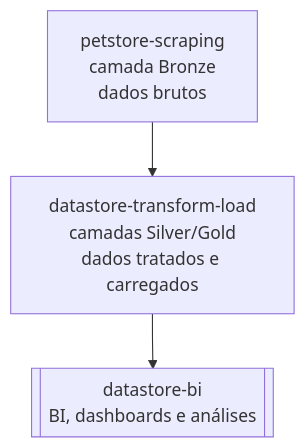
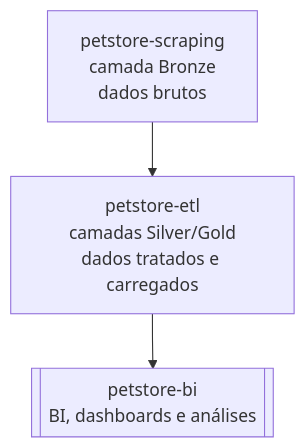
Before and after one commit to rafa-trindade/petstore-scraping: the diagram in README.MD, drawn with Mermaid. The commit also changed other lines of this file, not shown here.

````diff
--- a/README.MD
+++ b/README.MD
@@ -35,5 +35,5 @@
 ```mermaid
 graph TD
-    A[petstore-scraping<br>camada Bronze<br>dados brutos] --> B[datastore-transform-load<br>camadas Silver/Gold<br>dados tratados e carregados]
-    B --> C[[datastore-bi<br>BI, dashboards e análises]]
+    A[petstore-scraping<br>camada Bronze<br>dados brutos] --> B[petstore-etl<br>camadas Silver/Gold<br>dados tratados e carregados]
+    B --> C[[petstore-bi<br>BI, dashboards e análises]]
 ```
````
